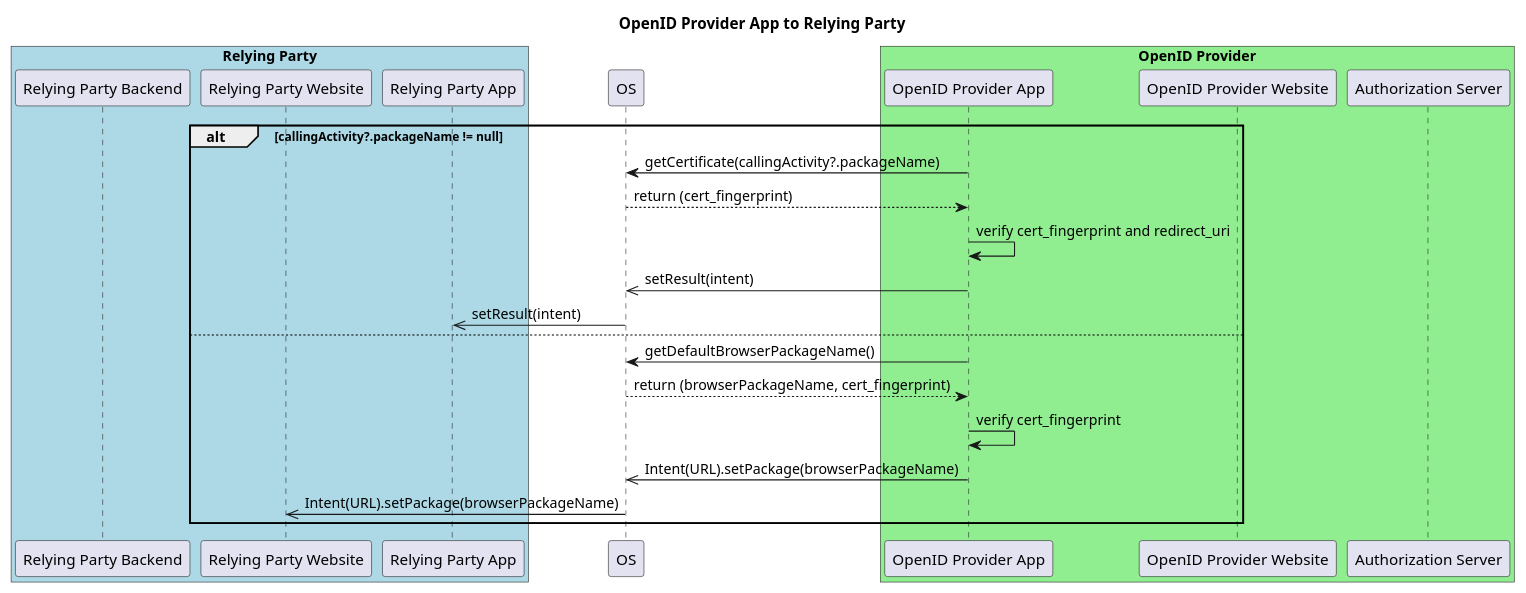
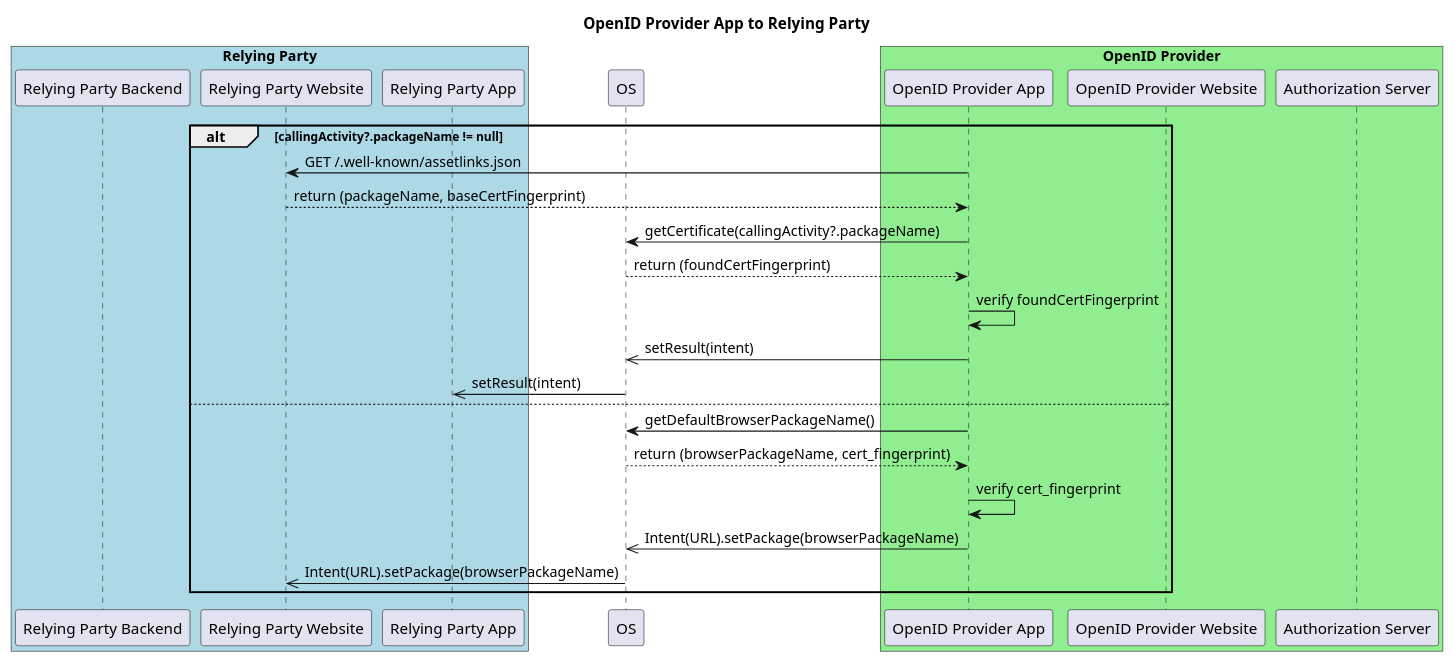
Before and after one commit to oauthstuff/app2app-evolution: the diagram in plantuml/idp_app_to_rp.plantuml, drawn with PlantUML. The commit also changed 2 other files, not shown here.

Commit message:
updated diagrams and code

```diff
--- a/plantuml/idp_app_to_rp.plantuml
+++ b/plantuml/idp_app_to_rp.plantuml
@@ -1,31 +1,33 @@
 @startuml
 
 title OpenID Provider App to Relying Party
 
 box "Relying Party" #LightBlue
 participant "Relying Party Backend" as rpb
 participant "Relying Party Website" as rpw
 participant "Relying Party App" as rpa
 end box
 participant "OS" as os
 box "OpenID Provider" #LightGreen
 participant "OpenID Provider App" as opa
 participant "OpenID Provider Website" as opw
 participant "Authorization Server" as as
 end box
 
 alt callingActivity?.packageName != null
+   rpw <- opa: GET /.well-known/assetlinks.json
+   rpw --> opa: return (packageName, baseCertFingerprint)
    os <- opa: getCertificate(callingActivity?.packageName)
-   os --> opa: return (cert_fingerprint)
-   opa -> opa: verify cert_fingerprint and redirect_uri
+   os --> opa: return (foundCertFingerprint)
+   opa -> opa: verify foundCertFingerprint
    os <<- opa: setResult(intent)
    rpa <<- os: setResult(intent)
 else
    os <- opa: getDefaultBrowserPackageName()
    os --> opa: return (browserPackageName, cert_fingerprint)
    opa -> opa: verify cert_fingerprint
    os <<- opa: Intent(URL).setPackage(browserPackageName)
    rpw <<- os: Intent(URL).setPackage(browserPackageName)
 end
 
 @enduml
```
